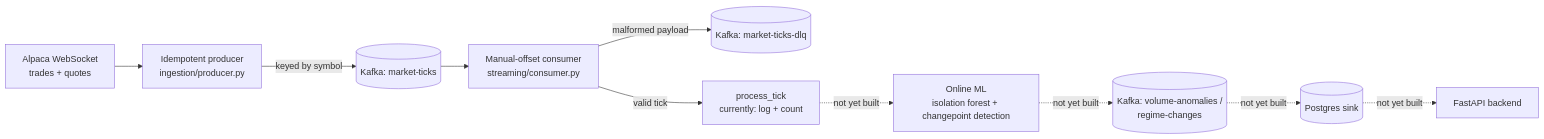
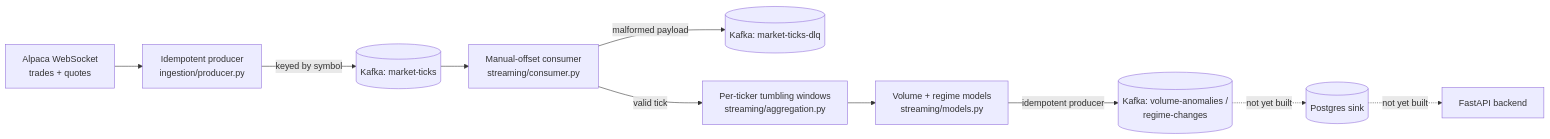
Before and after one commit to hkbuttar/streamalpha: the diagram in README.md, drawn with Mermaid. The commit also changed other lines of this file and 13 other files, not shown here.

Commit message:
Built online anomaly detection (volume spikes, BOCPD regime changes)

````diff
--- a/README.md
+++ b/README.md
@@ -31,13 +32,13 @@
 ```mermaid
 flowchart LR
     A[Alpaca WebSocket<br/>trades + quotes] --> P[Idempotent producer<br/>ingestion/producer.py]
     P -->|keyed by symbol| T1[(Kafka: market-ticks)]
     T1 --> C[Manual-offset consumer<br/>streaming/consumer.py]
     C -->|malformed payload| T2[(Kafka: market-ticks-dlq)]
-    C -->|valid tick| PT[process_tick<br/>currently: log + count]
+    C -->|valid tick| W[Per-ticker tumbling windows<br/>streaming/aggregation.py]
+    W --> M[Volume + regime models<br/>streaming/models.py]
+    M -->|idempotent producer| T3[(Kafka: volume-anomalies /<br/>regime-changes)]
 
-    PT -.not yet built.-> ML[Online ML<br/>isolation forest + changepoint detection]
-    ML -.not yet built.-> T3[(Kafka: volume-anomalies /<br/>regime-changes)]
     T3 -.not yet built.-> S[(Postgres sink)]
     S -.not yet built.-> B[FastAPI backend]
 ```
````
